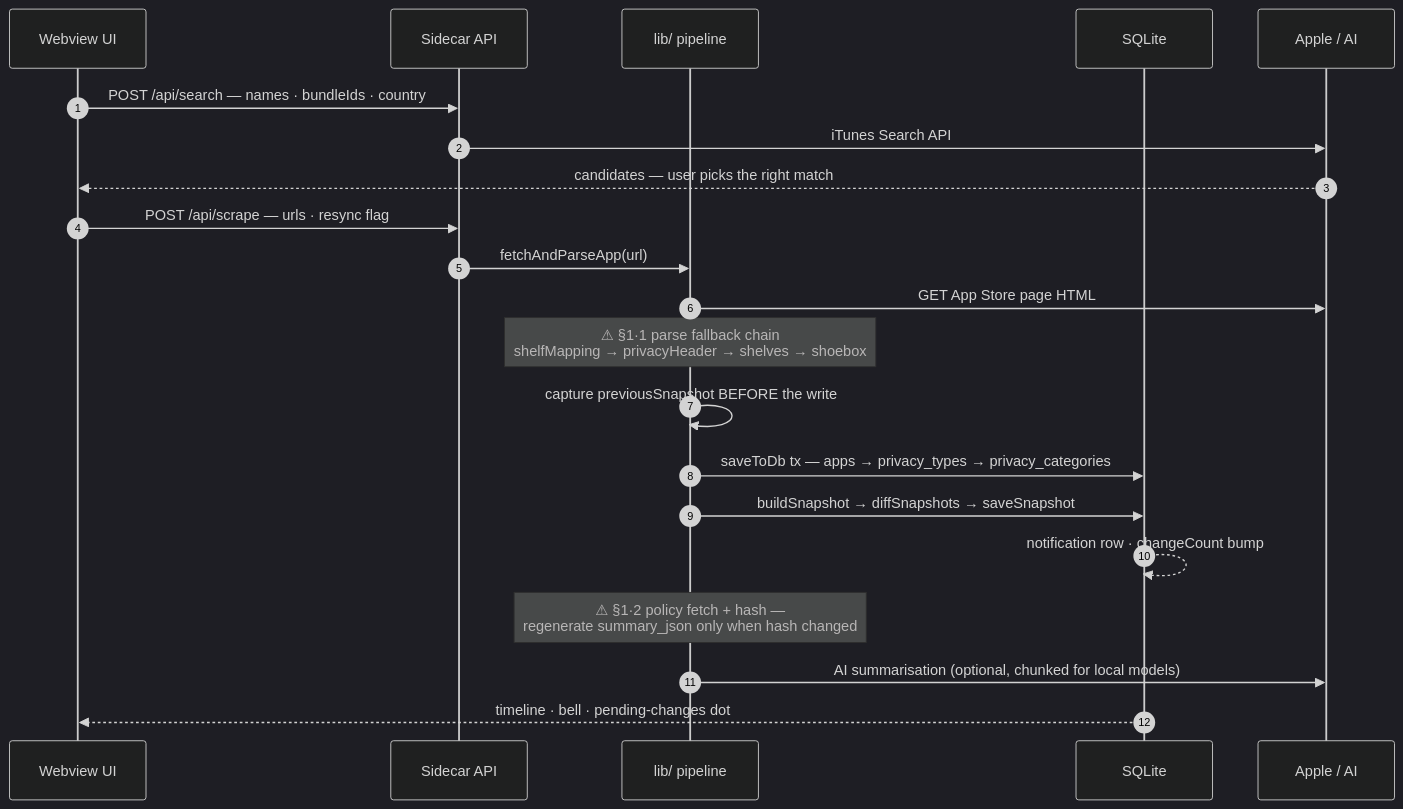
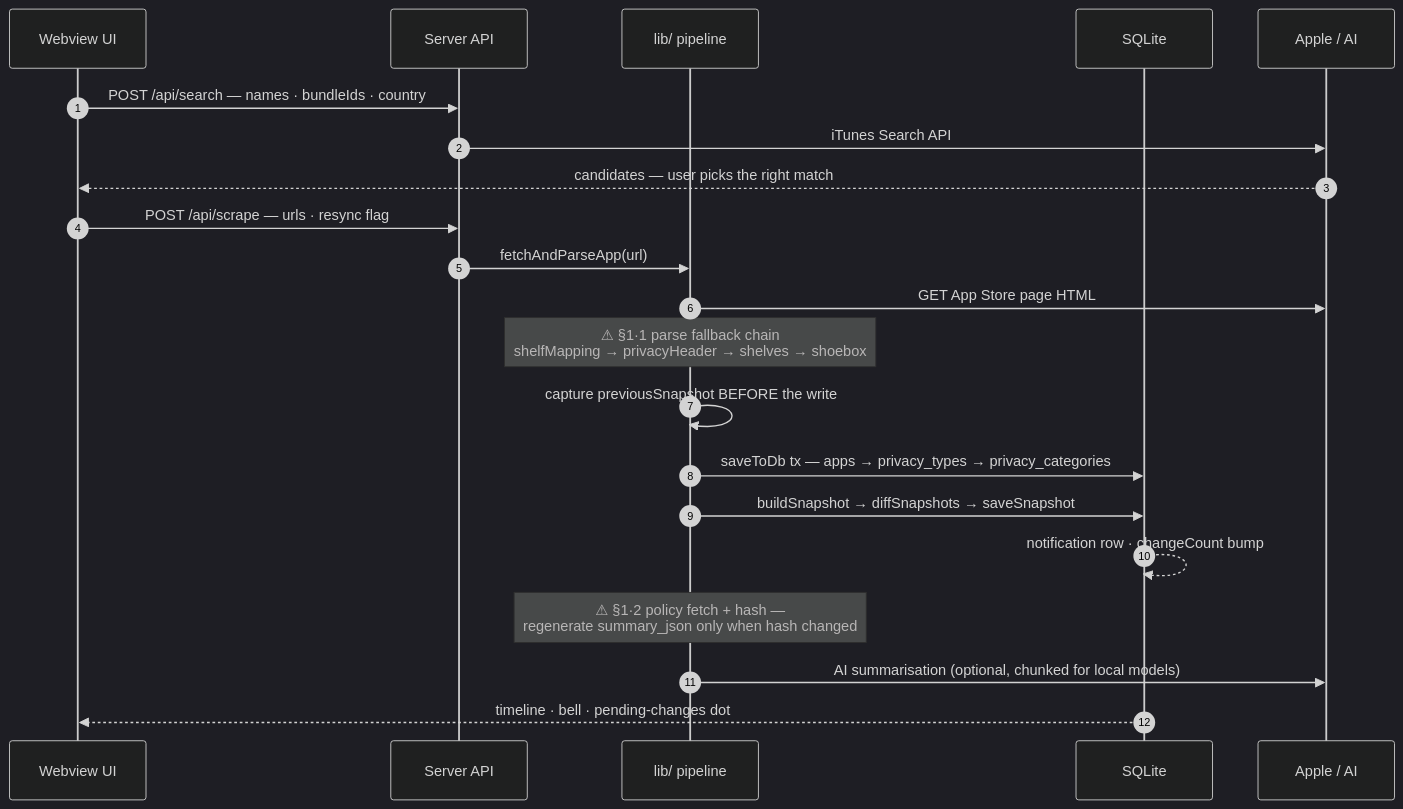
Before and after one commit to privacykey/privacytracker: the second of 8 diagrams in docs/ARCHITECTURE.md, drawn with Mermaid (dark theme). The commit also changed other lines of this file and 78 other files, not shown here.

````diff
--- a/docs/ARCHITECTURE.md
+++ b/docs/ARCHITECTURE.md
@@ -80,24 +81,24 @@
 ```mermaid
 sequenceDiagram
   autonumber
   participant UI as Webview UI
-  participant API as Sidecar API
+  participant API as Server API
   participant LIB as lib/ pipeline
   participant DB as SQLite
   participant EXT as Apple / AI
 
   UI->>API: POST /api/search — names · bundleIds · country
   API->>EXT: iTunes Search API
   EXT-->>UI: candidates — user picks the right match
   UI->>API: POST /api/scrape — urls · resync flag
   API->>LIB: fetchAndParseApp(url)
   LIB->>EXT: GET App Store page HTML
   Note over LIB: ⚠ §1·1 parse fallback chain<br/>shelfMapping → privacyHeader → shelves → shoebox
   LIB->>LIB: capture previousSnapshot BEFORE the write
   LIB->>DB: saveToDb tx — apps → privacy_types → privacy_categories
   LIB->>DB: buildSnapshot → diffSnapshots → saveSnapshot
   DB-->>DB: notification row · changeCount bump
   Note over LIB: ⚠ §1·2 policy fetch + hash —<br/>regenerate summary_json only when hash changed
   LIB->>EXT: AI summarisation (optional, chunked for local models)
   DB-->>UI: timeline · bell · pending-changes dot
 ```
````
